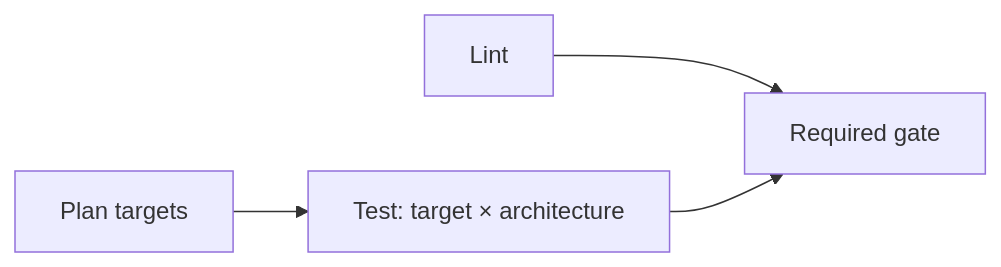
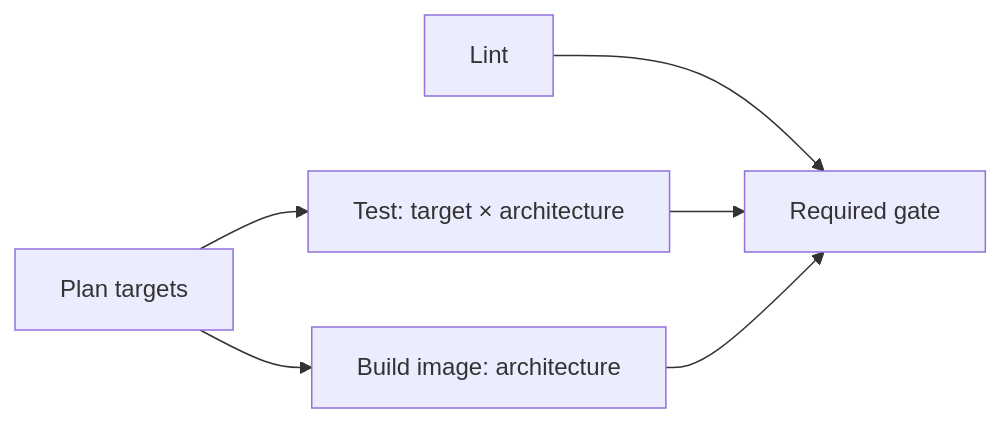
Before and after one commit to limanix/modules: the diagram in guides/automation.md, drawn with Mermaid. The commit also changed other lines of this file and 133 other files, not shown here.

````diff
--- a/guides/automation.md
+++ b/guides/automation.md
@@ -22,6 +22,8 @@
 ```mermaid
 flowchart LR
     plan[Plan targets] --> test[Test: target × architecture]
+    plan --> image[Build image: architecture]
     lint[Lint] --> gate[Required gate]
     test --> gate
+    image --> gate
 ```
````
